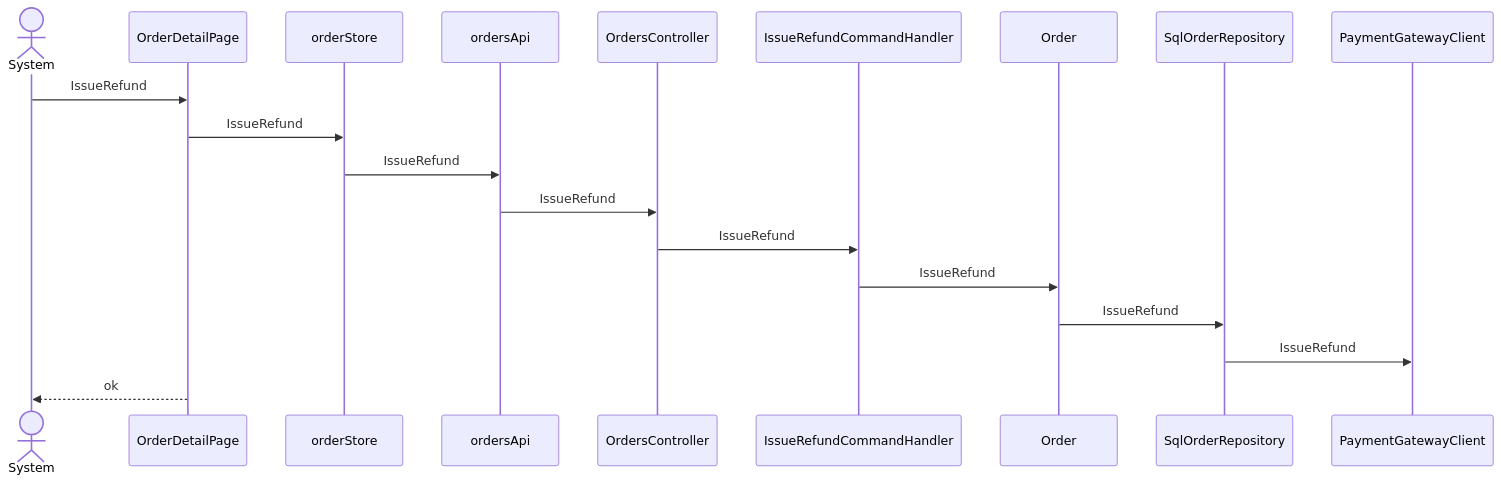
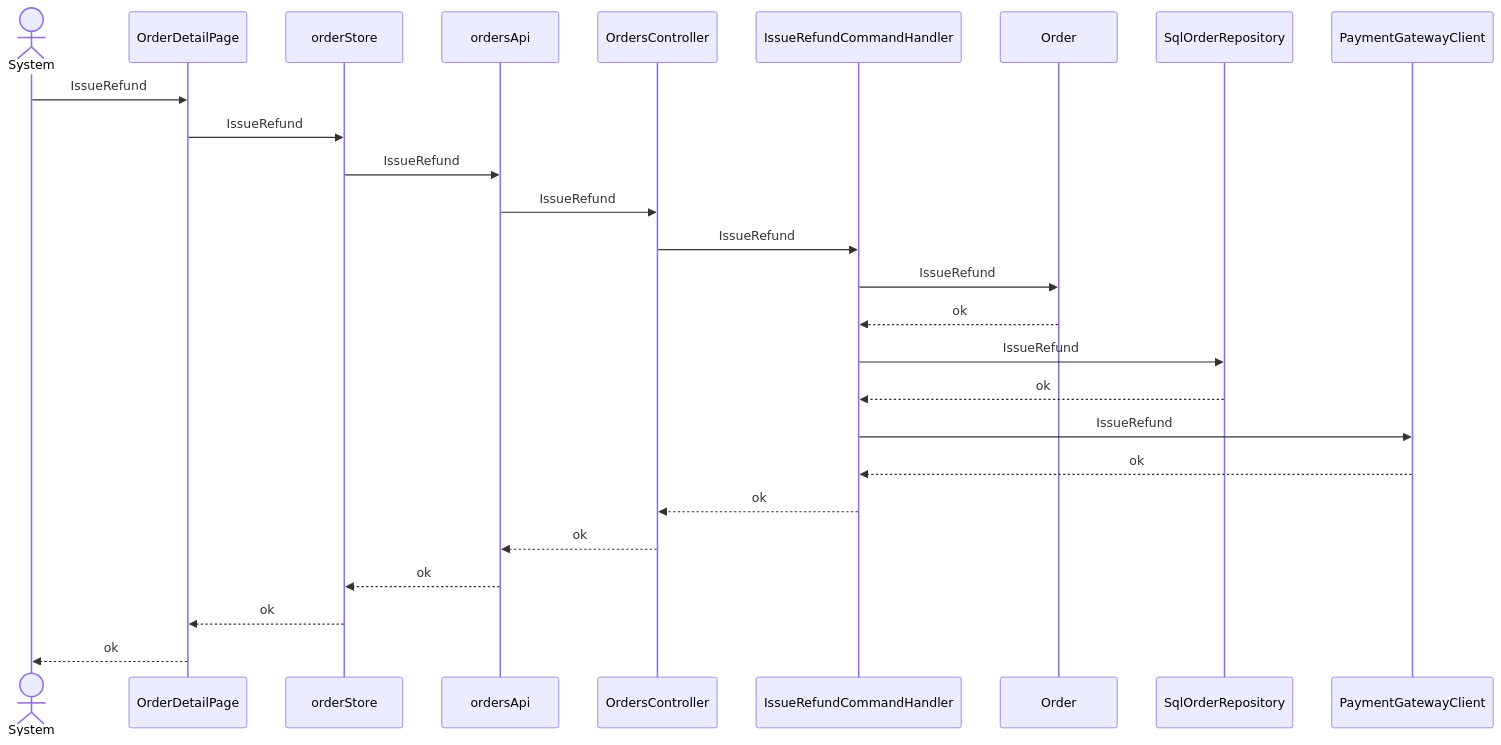
One commit to pin0513/AITools changed the fifth of 6 diagrams in skills/spec-dev-process/examples/matrix/fs-balance-zh-s1/specs/rd/order-cancel/spec/30-architecture-c4.md. Above: the diagram before and after it, drawn with Mermaid. The commit also changed other lines of this file and 257 other files, not shown here.

````diff
--- a/skills/spec-dev-process/examples/matrix/fs-balance-zh-s1/specs/rd/order-cancel/spec/30-architecture-c4.md
+++ b/skills/spec-dev-process/examples/matrix/fs-balance-zh-s1/specs/rd/order-cancel/spec/30-architecture-c4.md
@@ -143,21 +150,28 @@
 ```mermaid
 sequenceDiagram
   actor U as System
   participant CMP001 as OrderDetailPage
   participant CMP004 as orderStore
   participant CMP005 as ordersApi
   participant CMP006 as OrdersController
   participant CMP008 as IssueRefundCommandHandler
   participant CMP010 as Order
   participant CMP011 as SqlOrderRepository
   participant CMP012 as PaymentGatewayClient
   U->>CMP001: IssueRefund
   CMP001->>CMP004: IssueRefund
   CMP004->>CMP005: IssueRefund
   CMP005->>CMP006: IssueRefund
   CMP006->>CMP008: IssueRefund
   CMP008->>CMP010: IssueRefund
-  CMP010->>CMP011: IssueRefund
-  CMP011->>CMP012: IssueRefund
+  CMP010-->>CMP008: ok
+  CMP008->>CMP011: IssueRefund
+  CMP011-->>CMP008: ok
+  CMP008->>CMP012: IssueRefund
+  CMP012-->>CMP008: ok
+  CMP008-->>CMP006: ok
+  CMP006-->>CMP005: ok
+  CMP005-->>CMP004: ok
+  CMP004-->>CMP001: ok
   CMP001-->>U: ok
 ```
````
